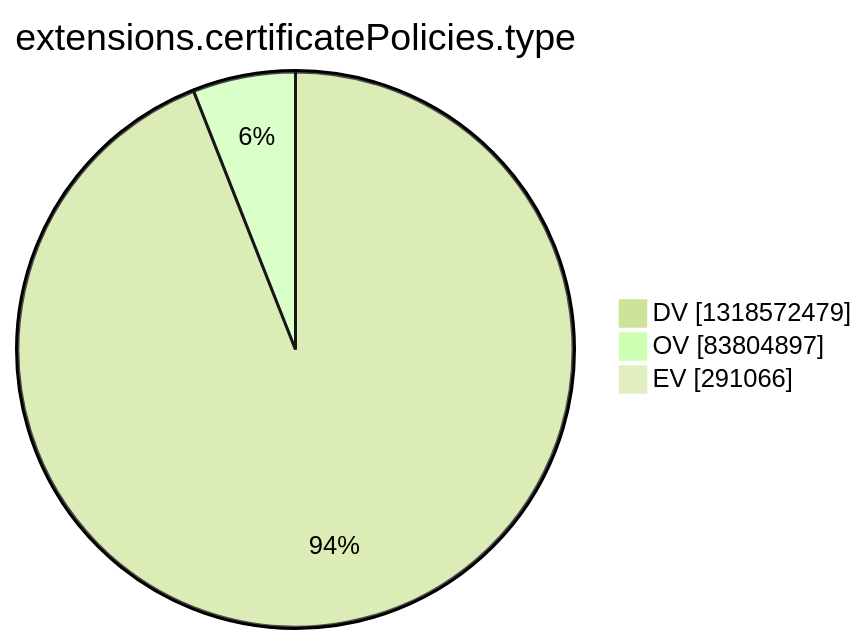
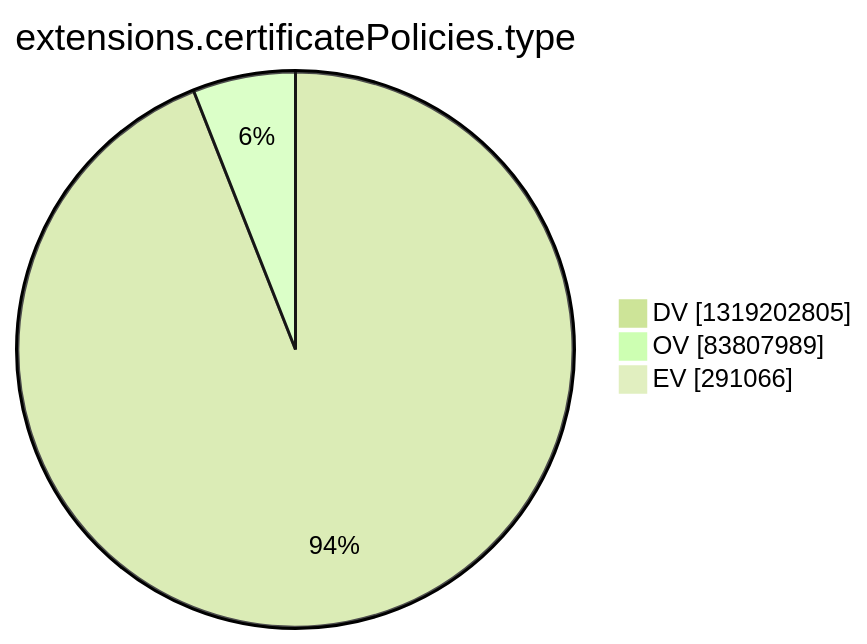
One commit to christiankrug/ctmonitor_visualization changed the tenth of 15 diagrams in argon2022/README.md. Above: the diagram before and after it, drawn with Mermaid (forest theme). The commit also changed other lines of this file, not shown here.

````diff
--- a/argon2022/README.md
+++ b/argon2022/README.md
@@ -2772,7 +2772,7 @@
 ```mermaid
 pie showData
 title extensions.certificatePolicies.type
-"DV" :1318572479
-"OV" :83804897
+"DV" :1319202805
+"OV" :83807989
 "EV" :291066
 ```
````
